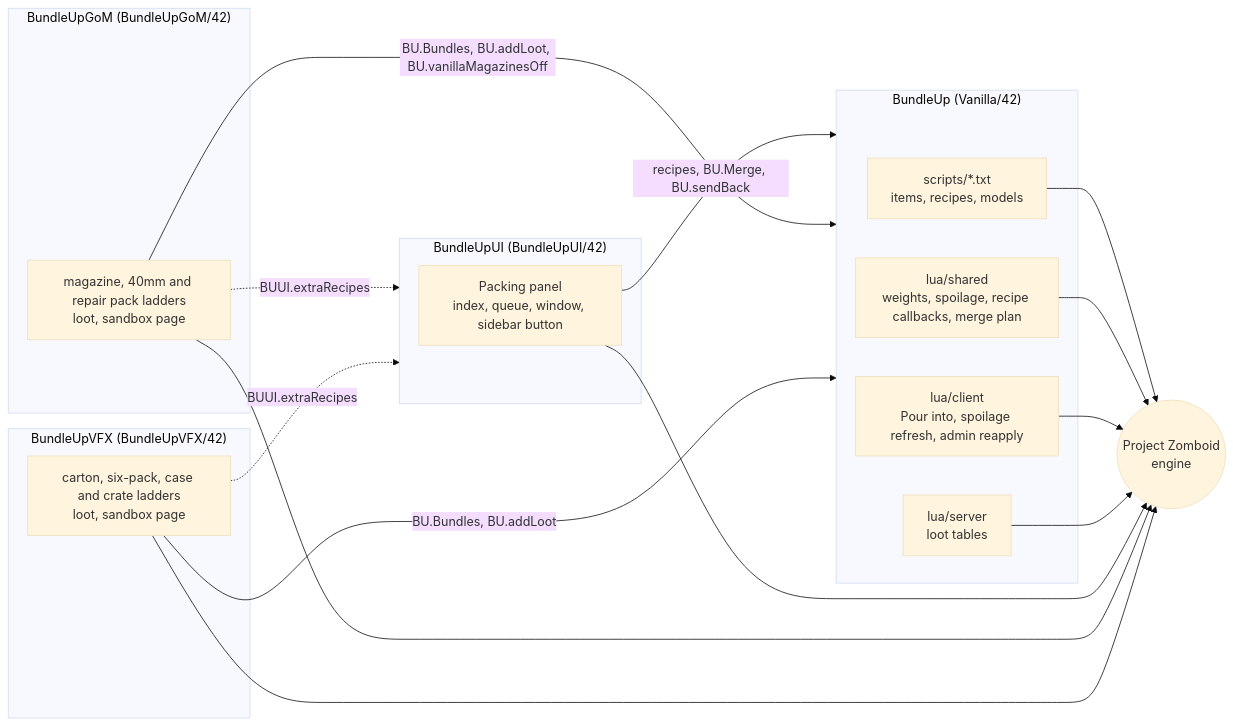
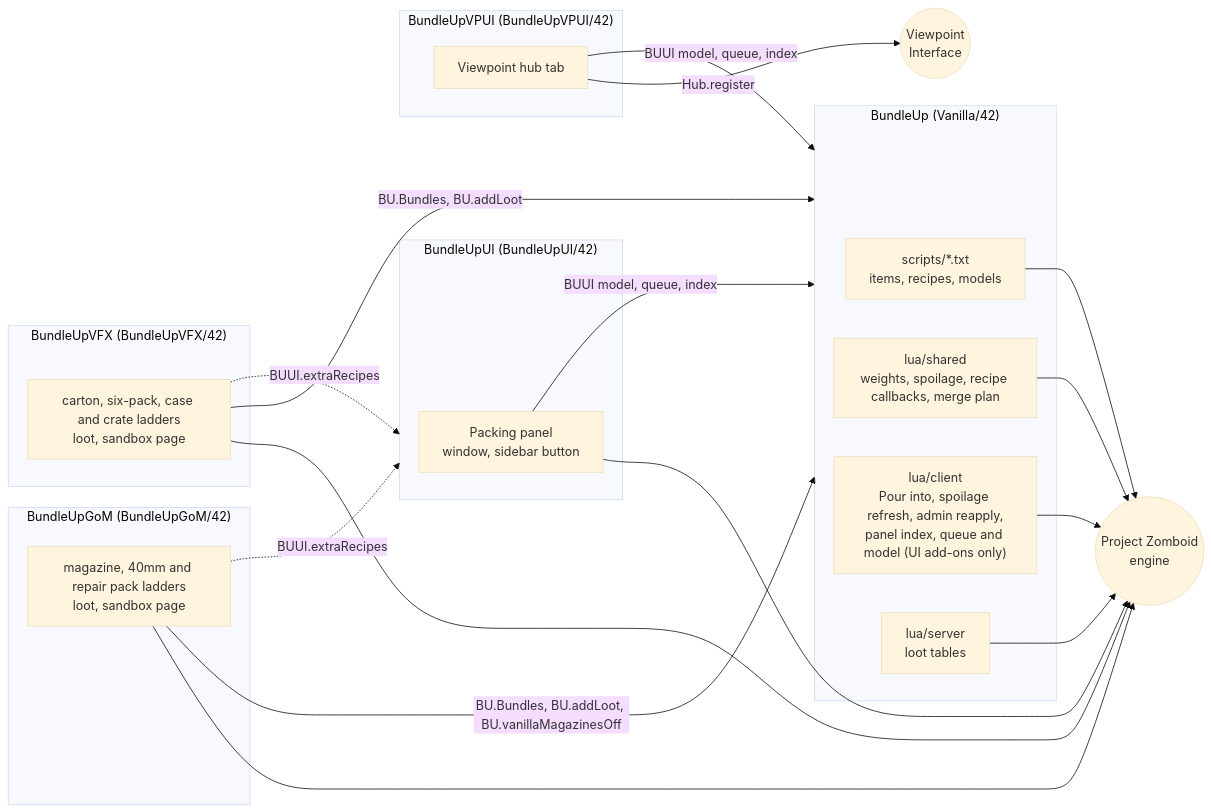
Before and after one commit to mariaalexissales/Bundle-Up: the first of 3 diagrams in ARCHITECTURE.md, drawn with Mermaid (base theme). The commit also changed other lines of this file and 1 other file, not shown here.

Commit message:
docs: viewpoint ui add-on

````diff
--- a/ARCHITECTURE.md
+++ b/ARCHITECTURE.md
@@ -22,31 +23,36 @@
 ```mermaid
 flowchart LR
     subgraph base["BundleUp (Vanilla/42)"]
         scripts["scripts/*.txt<br/>items, recipes, models"]
         shared["lua/shared<br/>weights, spoilage, recipe callbacks, merge plan"]
-        client["lua/client<br/>Pour into, spoilage refresh, admin reapply"]
+        client["lua/client<br/>Pour into, spoilage refresh, admin reapply,<br/>panel index, queue and model (UI add-ons only)"]
         server["lua/server<br/>loot tables"]
     end
     subgraph ui["BundleUpUI (BundleUpUI/42)"]
-        panel["Packing panel<br/>index, queue, window, sidebar button"]
+        panel["Packing panel<br/>window, sidebar button"]
+    end
+    subgraph vpui["BundleUpVPUI (BundleUpVPUI/42)"]
+        vptab["Viewpoint hub tab"]
     end
     subgraph gom["BundleUpGoM (BundleUpGoM/42)"]
         gompacks["magazine, 40mm and repair pack ladders<br/>loot, sandbox page"]
     end
     subgraph vfx["BundleUpVFX (BundleUpVFX/42)"]
         vfxpacks["carton, six-pack, case and crate ladders<br/>loot, sandbox page"]
     end
     engine(("Project Zomboid<br/>engine"))
     scripts --> engine
     shared --> engine
     client --> engine
     server --> engine
-    panel -->|"recipes, BU.Merge, BU.sendBack"| base
+    panel -->|"BUUI model, queue, index"| base
     panel --> engine
+    vptab -->|"BUUI model, queue, index"| base
+    vptab -->|"Hub.register"| viewpoint(("Viewpoint<br/>Interface"))
     gompacks -->|"BU.Bundles, BU.addLoot, BU.vanillaMagazinesOff"| base
     gompacks -.->|"BUUI.extraRecipes"| ui
     gompacks --> engine
     vfxpacks -->|"BU.Bundles, BU.addLoot"| base
     vfxpacks -.->|"BUUI.extraRecipes"| ui
     vfxpacks --> engine
 ```
````
